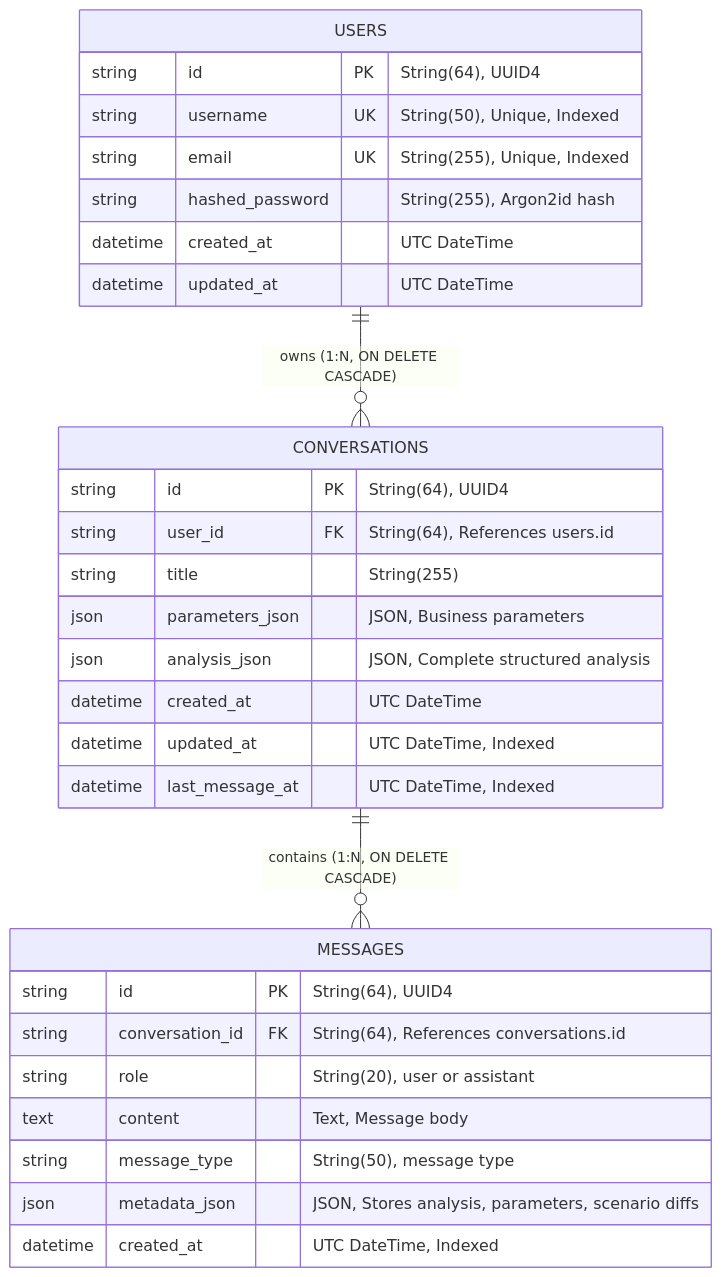
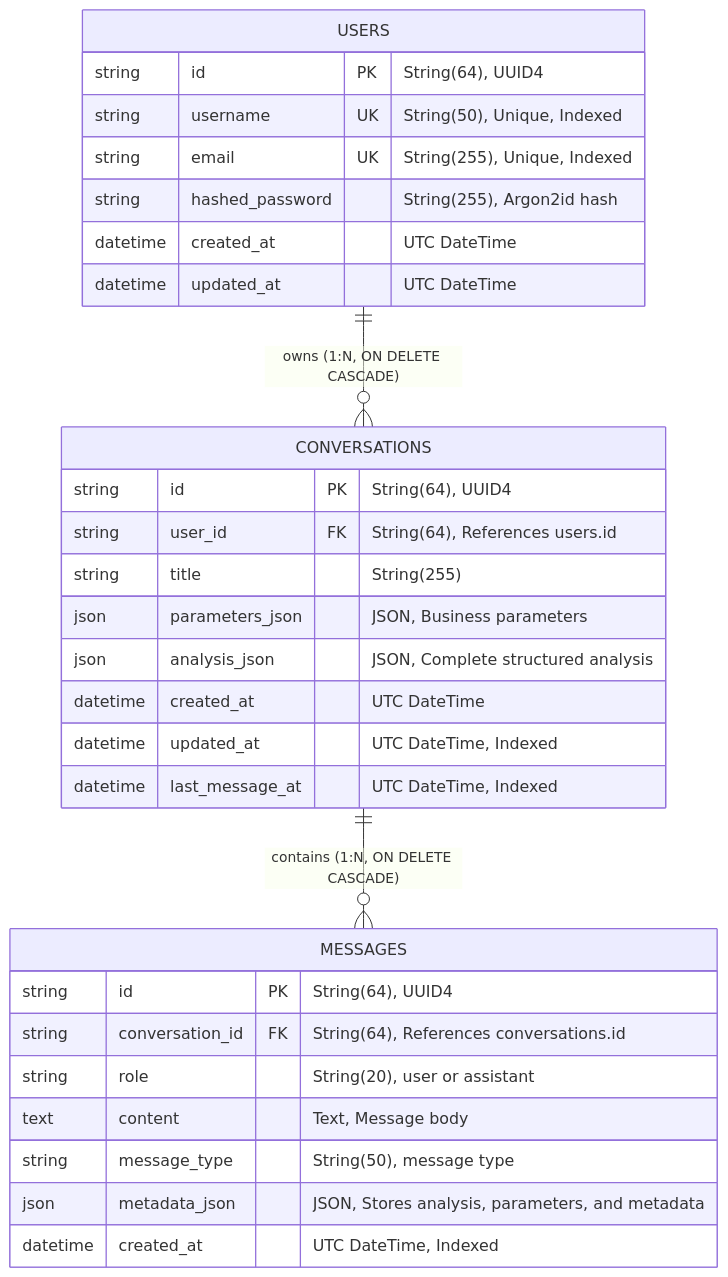
Before and after one commit to Tanay-chaturvedi/Business_Analysis_Agent: the third of 3 diagrams in README.md, drawn with Mermaid. The commit also changed other lines of this file, not shown here.

````diff
--- a/README.md
+++ b/README.md
@@ -174,35 +166,35 @@
 ```mermaid
 erDiagram
     USERS ||--o{ CONVERSATIONS : "owns (1:N, ON DELETE CASCADE)"
     CONVERSATIONS ||--o{ MESSAGES : "contains (1:N, ON DELETE CASCADE)"
 
     USERS {
         string id PK "String(64), UUID4"
         string username UK "String(50), Unique, Indexed"
         string email UK "String(255), Unique, Indexed"
         string hashed_password "String(255), Argon2id hash"
         datetime created_at "UTC DateTime"
         datetime updated_at "UTC DateTime"
     }
 
     CONVERSATIONS {
         string id PK "String(64), UUID4"
         string user_id FK "String(64), References users.id"
         string title "String(255)"
         json parameters_json "JSON, Business parameters"
         json analysis_json "JSON, Complete structured analysis"
         datetime created_at "UTC DateTime"
         datetime updated_at "UTC DateTime, Indexed"
         datetime last_message_at "UTC DateTime, Indexed"
     }
 
     MESSAGES {
         string id PK "String(64), UUID4"
         string conversation_id FK "String(64), References conversations.id"
         string role "String(20), user or assistant"
         text content "Text, Message body"
         string message_type "String(50), message type"
-        json metadata_json "JSON, Stores analysis, parameters, scenario diffs"
+        json metadata_json "JSON, Stores analysis, parameters, and metadata"
         datetime created_at "UTC DateTime, Indexed"
     }
 ```
````
